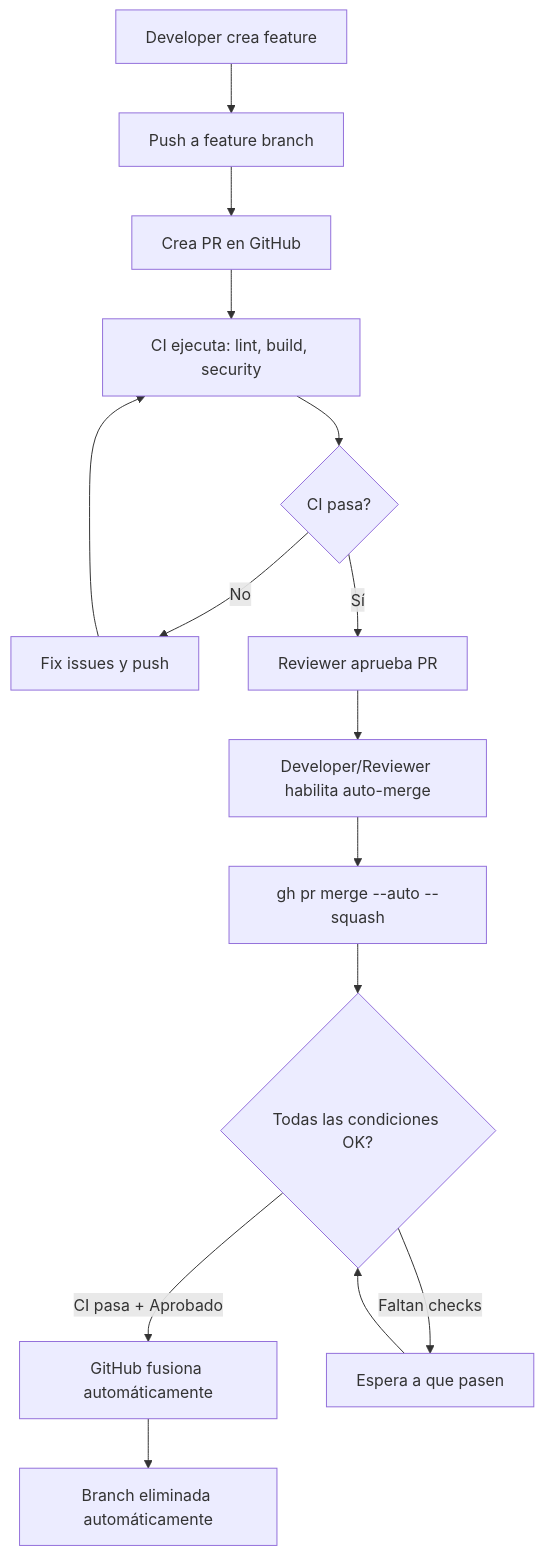
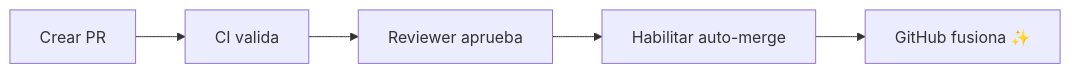
Before and after one commit to VanOps/AutoMergeFeature: the diagram in README.md, drawn with Mermaid. The commit also changed other lines of this file, not shown here.

````diff
--- a/README.md
+++ b/README.md
@@ -303,17 +39,7 @@
 ```mermaid
-graph TD
-    A[Developer crea feature] --> B[Push a feature branch]
-    B --> C[Crea PR en GitHub]
-    C --> D[CI ejecuta: lint, build, security]
-    D --> E{CI pasa?}
-    E -->|No| F[Fix issues y push]
-    F --> D
-    E -->|Sí| G[Reviewer aprueba PR]
-    G --> H[Developer/Reviewer habilita auto-merge]
-    H --> I["gh pr merge --auto --squash"]
-    I --> J{Todas las condiciones OK?}
-    J -->|CI pasa + Aprobado| K[GitHub fusiona automáticamente]
-    J -->|Faltan checks| L[Espera a que pasen]
-    L --> J
-    K --> M[Branch eliminada automáticamente]
+graph LR
+    A[Crear PR] --> B[CI valida]
+    B --> C[Reviewer aprueba]
+    C --> D[Habilitar auto-merge]
+    D --> E[GitHub fusiona ✨]
 ```
````
